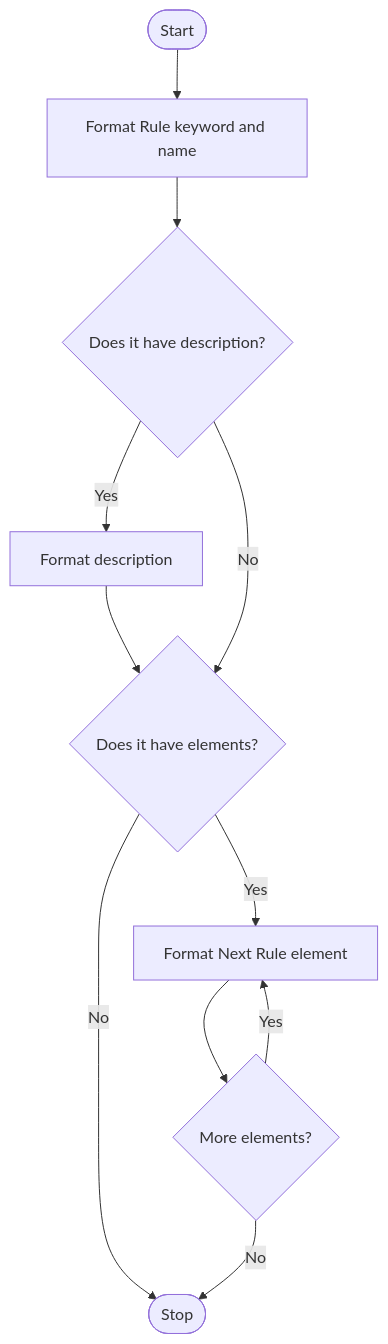
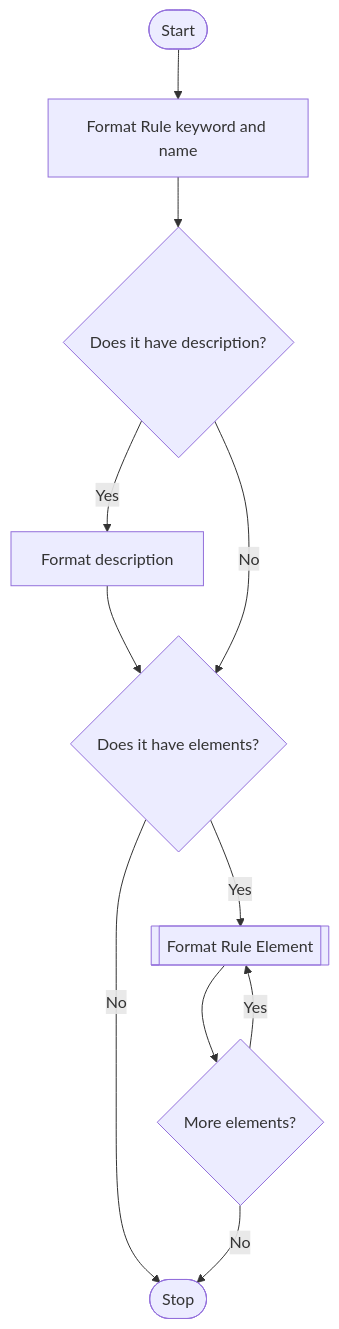
One commit to gherking/gherking-docs changed the eighth of 15 diagrams in src/mermaid.md. Above: the diagram before and after it, drawn with Mermaid. The commit also changed other lines of this file, not shown here.

````diff
--- a/src/mermaid.md
+++ b/src/mermaid.md
@@ -96,13 +96,13 @@
 ```mermaid
 graph TD
 start([Start])
 --> keywordAndName[Format Rule keyword and name]
 --> branch1{Does it have description?}
 -->|Yes| description[Format description] --> branch2
 branch1 -->|No| branch2{Does it have elements?}
-branch2 -->|Yes| D2[Format Next Rule element]
+branch2 -->|Yes| D2[[Format Rule Element]]
 branch2 -->|No| stop
 D2 --> E2{More elements?}
 E2 --> |Yes| D2
 E2 --> |No| stop([Stop])
 ```
````
